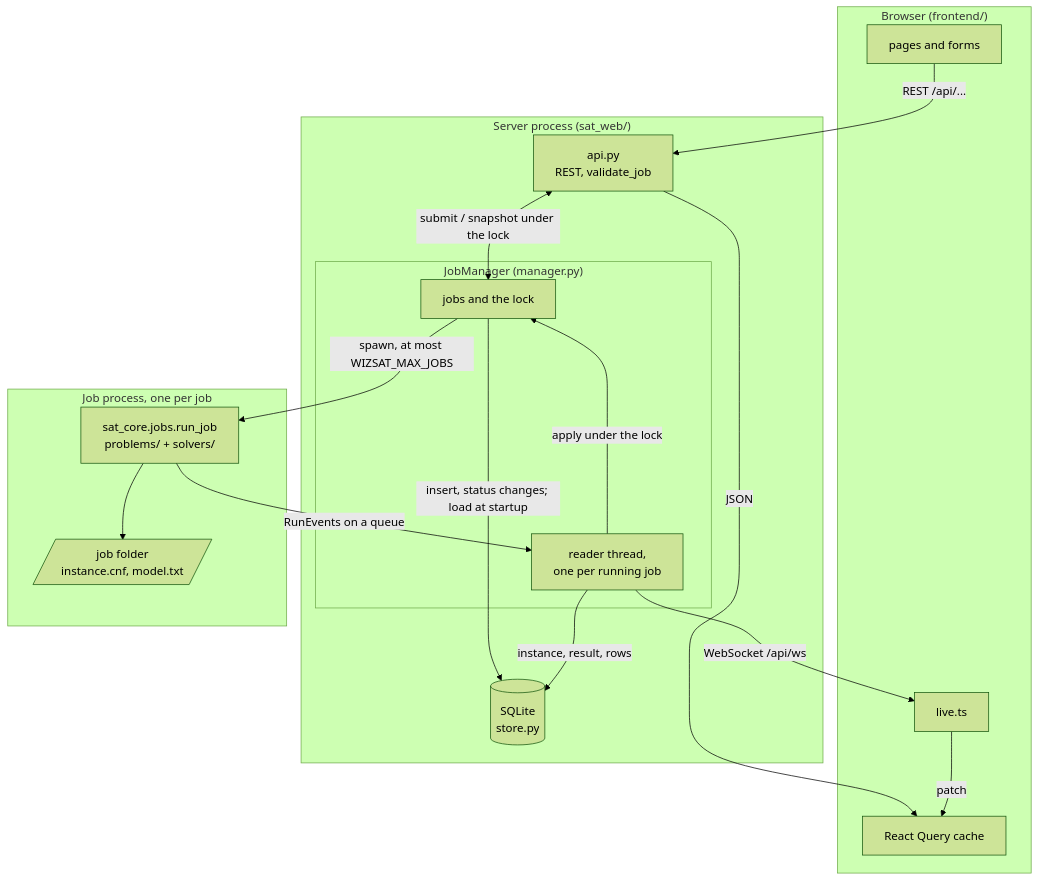
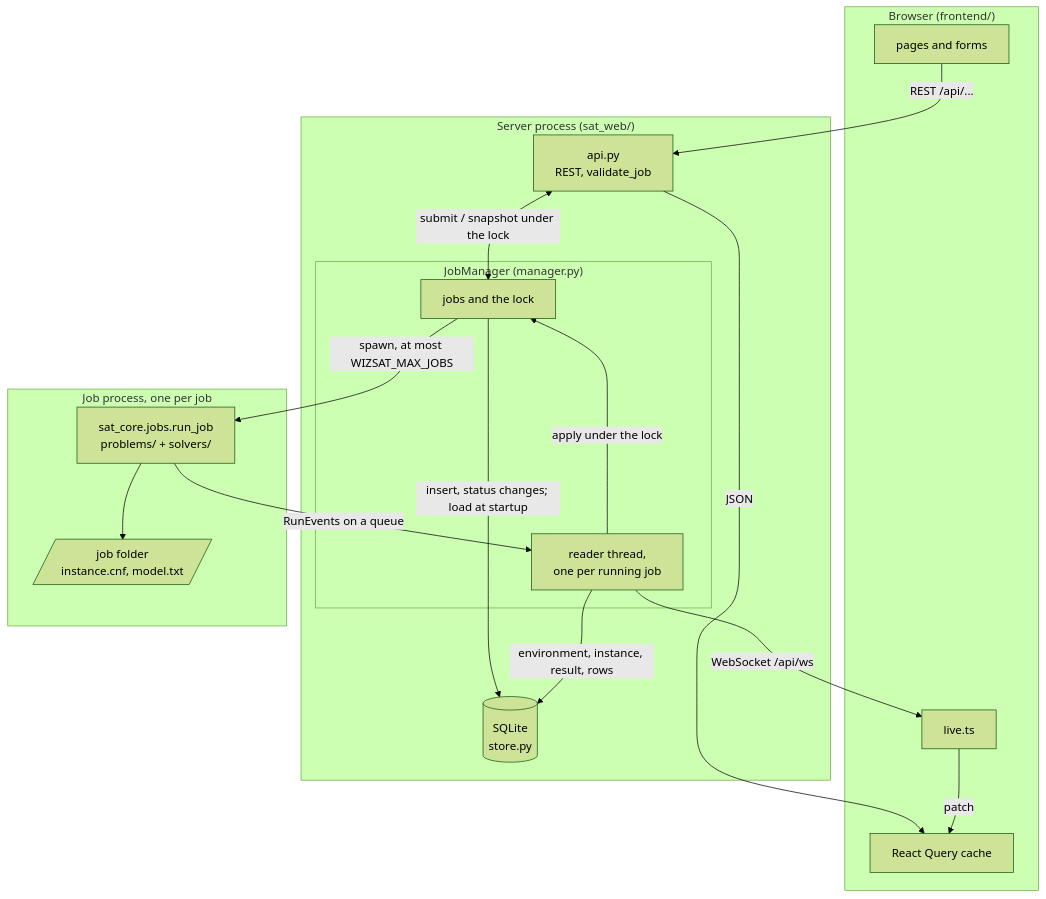
The first of 8 diagrams in docs/guide/architecture.md (Aziyck/SATsolver), drawn with Mermaid (forest theme) before and after one commit. The commit also changed other lines of this file and 17 other files, not shown here.

````diff
--- a/docs/guide/architecture.md
+++ b/docs/guide/architecture.md
@@ -26,34 +26,34 @@
 ```mermaid
 flowchart TB
     subgraph browser["Browser (frontend/)"]
         pages["pages and forms"]
         cache["React Query cache"]
         live["live.ts"]
     end
 
     subgraph server["Server process (sat_web/)"]
         api["api.py<br/>REST, validate_job"]
         subgraph manager["JobManager (manager.py)"]
             state["jobs and the lock"]
             reader["reader thread,<br/>one per running job"]
         end
         db[("SQLite<br/>store.py")]
     end
 
     subgraph job["Job process, one per job"]
         worker["sat_core.jobs.run_job<br/>problems/ + solvers/"]
         folder[/"job folder<br/>instance.cnf, model.txt"/]
     end
 
     pages -- "REST /api/..." --> api
     api -- "JSON" --> cache
     api <-- "submit / snapshot under the lock" --> state
     state -- "spawn, at most WIZSAT_MAX_JOBS" --> worker
     state -- "insert, status changes; load at startup" --> db
     worker -- "RunEvents on a queue" --> reader
     worker --> folder
     reader -- "apply under the lock" --> state
-    reader -- "instance, result, rows" --> db
+    reader -- "environment, instance, result, rows" --> db
     reader -- "WebSocket /api/ws" --> live
     live -- "patch" --> cache
 ```
````
